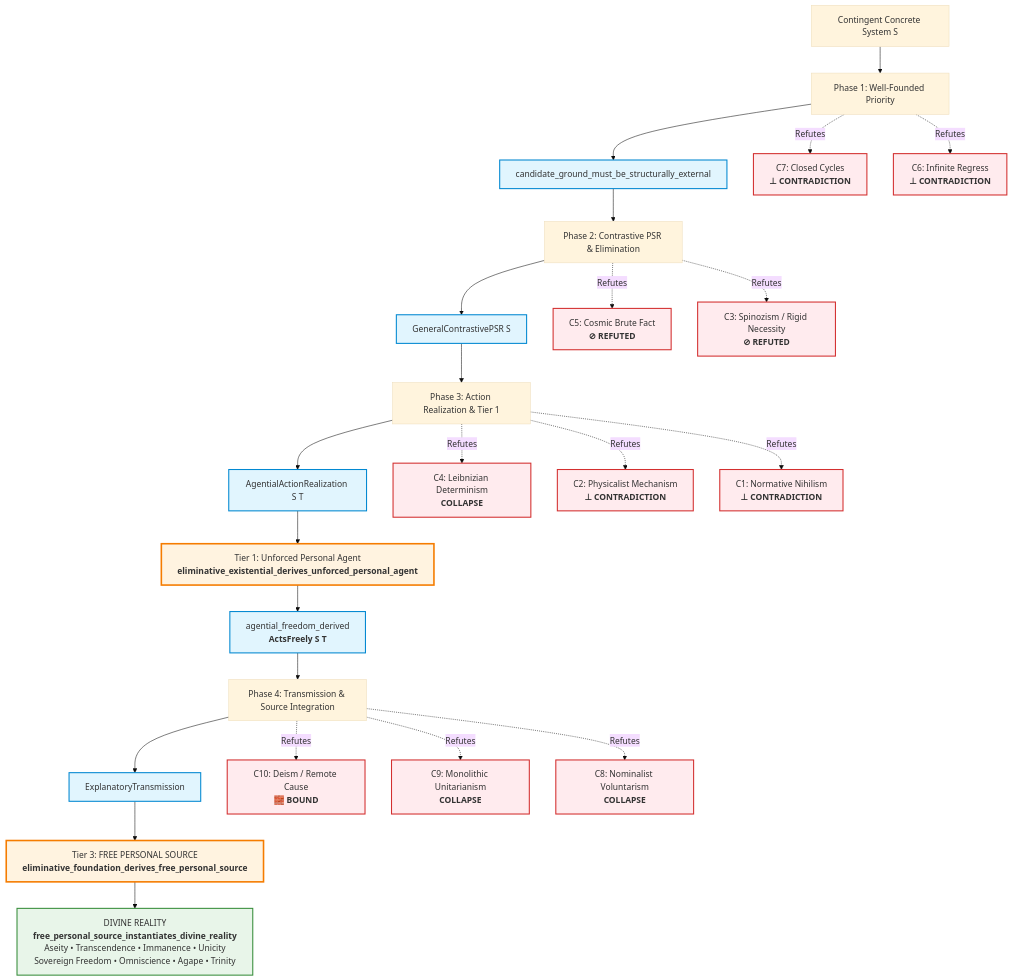
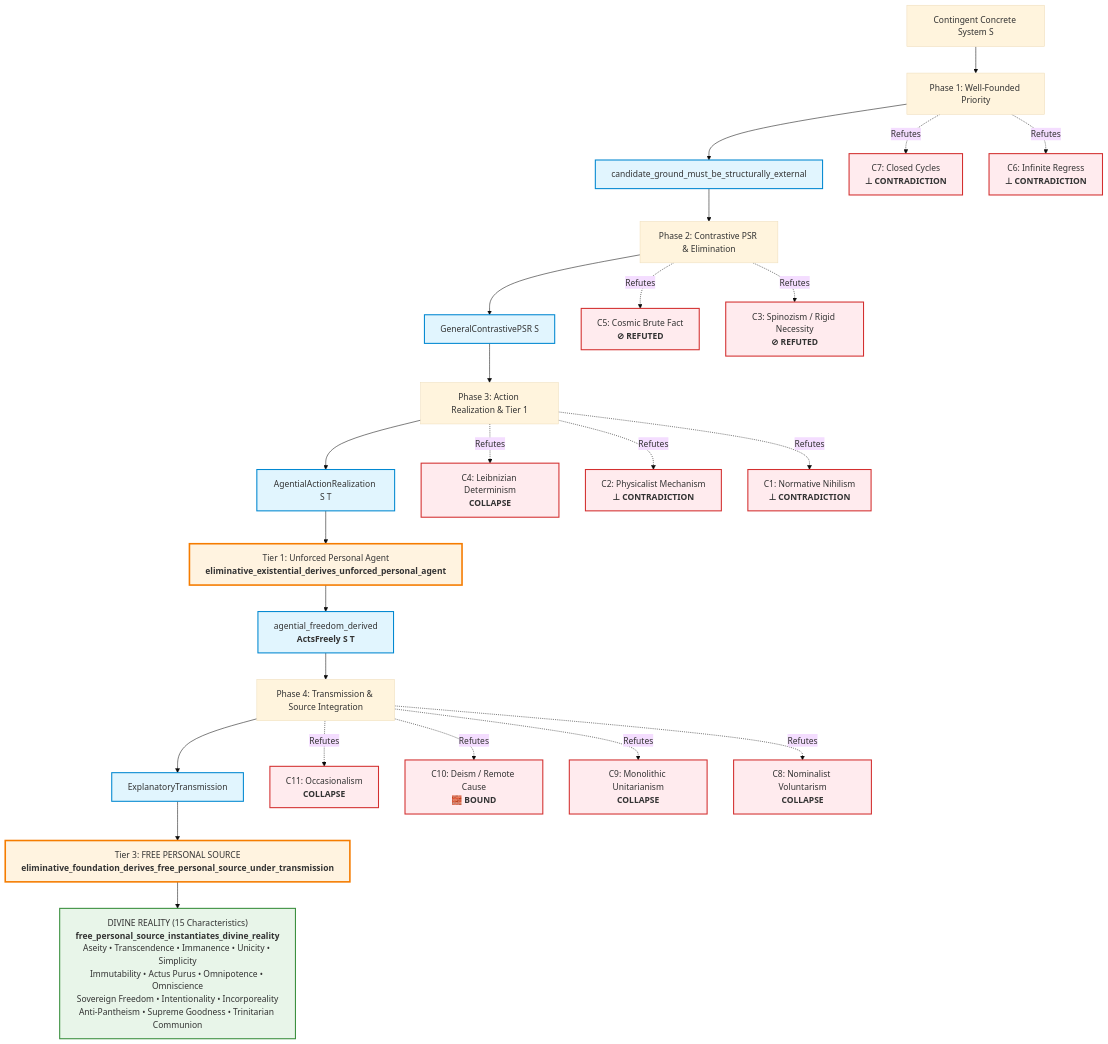
Before and after one commit to tty-pt/logos: the diagram in README.md, drawn with Mermaid (base theme). The commit also changed other lines of this file and 13 other files, not shown here.

````diff
--- a/README.md
+++ b/README.md
@@ -20,36 +29,37 @@
 ```mermaid
 flowchart TD
     classDef step fill:#e1f5fe,stroke:#0288d1,stroke-width:2px;
     classDef crem fill:#ffebee,stroke:#d32f2f,stroke-width:2px;
     classDef attr fill:#e8f5e9,stroke:#388e3c,stroke-width:2px;
     classDef master fill:#fff3e0,stroke:#f57c00,stroke-width:3px;
 
     CS["Contingent Concrete System S"] --> P1["Phase 1: Well-Founded Priority"]
     P1 --> T1["candidate_ground_must_be_structurally_external"]:::step
     P1 -.->|Refutes| C7["C7: Closed Cycles<br/><b>⊥ CONTRADICTION</b>"]:::crem
     P1 -.->|Refutes| C6["C6: Infinite Regress<br/><b>⊥ CONTRADICTION</b>"]:::crem
 
     T1 --> P2["Phase 2: Contrastive PSR & Elimination"]
     P2 --> T2["GeneralContrastivePSR S"]:::step
     P2 -.->|Refutes| C5["C5: Cosmic Brute Fact<br/><b>⊘ REFUTED</b>"]:::crem
     P2 -.->|Refutes| C3["C3: Spinozism / Rigid Necessity<br/><b>⊘ REFUTED</b>"]:::crem
 
     T2 --> P3["Phase 3: Action Realization & Tier 1"]
     P3 --> T3["AgentialActionRealization S T"]:::step
     P3 -.->|Refutes| C4["C4: Leibnizian Determinism<br/><b>COLLAPSE</b>"]:::crem
     P3 -.->|Refutes| C2["C2: Physicalist Mechanism<br/><b>⊥ CONTRADICTION</b>"]:::crem
     P3 -.->|Refutes| C1["C1: Normative Nihilism<br/><b>⊥ CONTRADICTION</b>"]:::crem
 
     T3 --> TIER1["Tier 1: Unforced Personal Agent<br/><b>eliminative_existential_derives_unforced_personal_agent</b>"]:::master
     TIER1 --> AF["agential_freedom_derived<br/><b>ActsFreely S T</b>"]:::step
 
     AF --> P4["Phase 4: Transmission & Source Integration"]
     P4 --> ET["ExplanatoryTransmission"]:::step
+    P4 -.->|Refutes| C11["C11: Occasionalism<br/><b>COLLAPSE</b>"]:::crem
     P4 -.->|Refutes| C10["C10: Deism / Remote Cause<br/><b>🧱 BOUND</b>"]:::crem
     P4 -.->|Refutes| C9["C9: Monolithic Unitarianism<br/><b>COLLAPSE</b>"]:::crem
     P4 -.->|Refutes| C8["C8: Nominalist Voluntarism<br/><b>COLLAPSE</b>"]:::crem
 
-    ET --> TIER3["Tier 3: FREE PERSONAL SOURCE<br/><b>eliminative_foundation_derives_free_personal_source</b>"]:::master
+    ET --> TIER3["Tier 3: FREE PERSONAL SOURCE<br/><b>eliminative_foundation_derives_free_personal_source_under_transmission</b>"]:::master
 
-    TIER3 --> DR["DIVINE REALITY<br/><b>free_personal_source_instantiates_divine_reality</b><br/>Aseity • Transcendence • Immanence • Unicity<br/>Sovereign Freedom • Omniscience • Agape • Trinity"]:::attr
+    TIER3 --> DR["DIVINE REALITY (15 Characteristics)<br/><b>free_personal_source_instantiates_divine_reality</b><br/>Aseity • Transcendence • Immanence • Unicity • Simplicity<br/>Immutability • Actus Purus • Omnipotence • Omniscience<br/>Sovereign Freedom • Intentionality • Incorporeality<br/>Anti-Pantheism • Supreme Goodness • Trinitarian Communion"]:::attr
 ```
````
